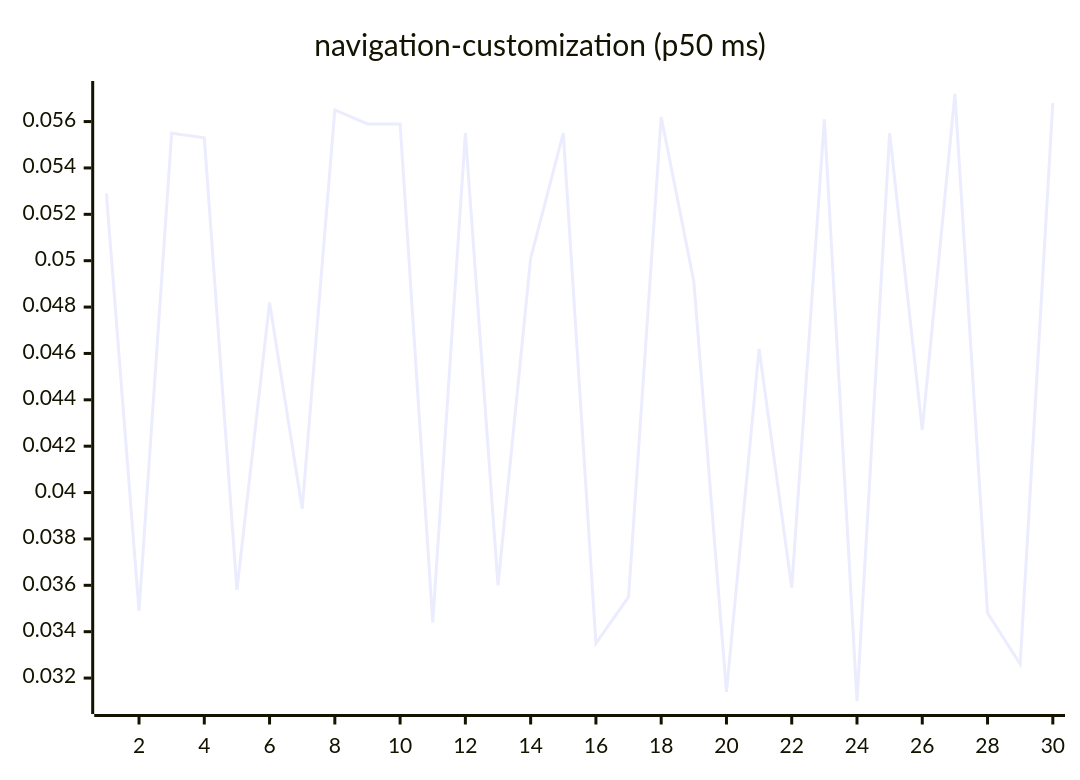
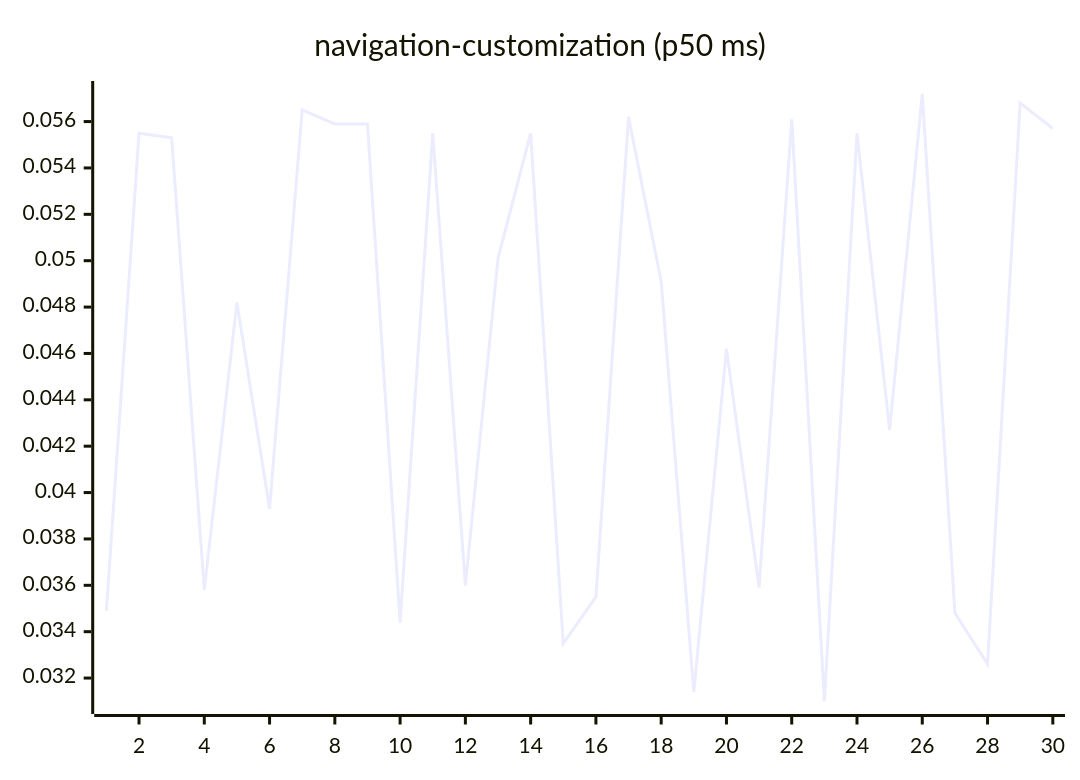
One commit to josha/Facet changed diagram 15 of 27 in README.md. Above: the diagram before and after it, drawn with Mermaid. The commit also changed other lines of this file and 2 other files, not shown here.

````diff
--- a/README.md
+++ b/README.md
@@ -161,6 +161,6 @@
 ```mermaid
 xychart-beta
     title "navigation-customization (p50 ms)"
     x-axis 1 --> 30
-    line [0.0529, 0.0349, 0.0555, 0.0553, 0.0358, 0.0482, 0.0393, 0.0565, 0.0559, 0.0559, 0.0344, 0.0555, 0.0360, 0.0501, 0.0555, 0.0335, 0.0355, 0.0562, 0.0491, 0.0314, 0.0462, 0.0359, 0.0561, 0.0310, 0.0555, 0.0427, 0.0572, 0.0348, 0.0326, 0.0568]
+    line [0.0349, 0.0555, 0.0553, 0.0358, 0.0482, 0.0393, 0.0565, 0.0559, 0.0559, 0.0344, 0.0555, 0.0360, 0.0501, 0.0555, 0.0335, 0.0355, 0.0562, 0.0491, 0.0314, 0.0462, 0.0359, 0.0561, 0.0310, 0.0555, 0.0427, 0.0572, 0.0348, 0.0326, 0.0568, 0.0557]
 ```
````
